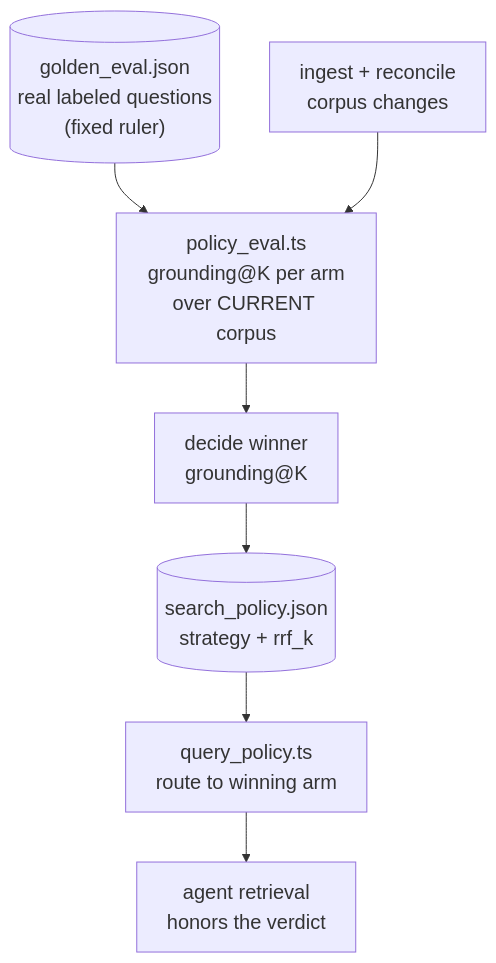
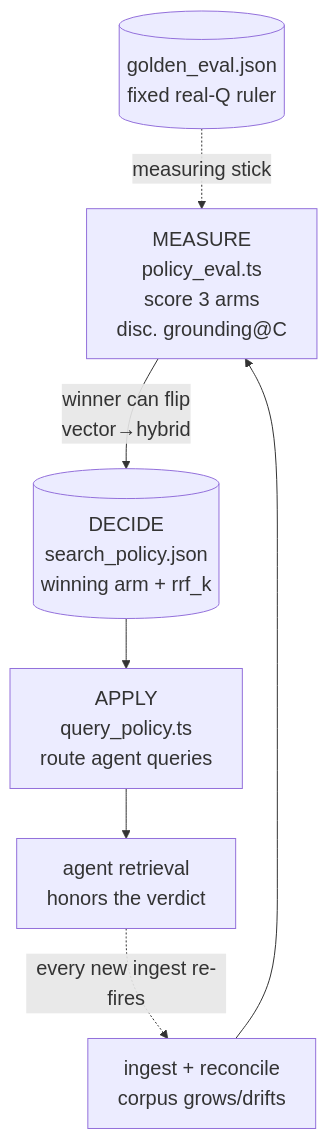
One commit to shaneliuyx/agent-development-curriculum changed the fifth of 7 diagrams in Week 3.5.96 - Self-Wiring Memory (GBrain).md. Above: the diagram before and after it, drawn with Mermaid. The commit also changed other lines of this file, not shown here.

Commit message:
docs: W3.5.96 — self-tuning policy diagram now a LOOP (measure→decide→apply, re-fired on ingest, drift flip) + correct discounted grounding@C metric

````diff
--- a/Week 3.5.96 - Self-Wiring Memory (GBrain).md
+++ b/Week 3.5.96 - Self-Wiring Memory (GBrain).md
@@ -1526,10 +1528,10 @@
 ```mermaid
 %%{init: {'theme':'default', 'themeVariables': {'fontSize':'20px'}}}%%
 flowchart TD
-  GOLD[("golden_eval.json<br/>real labeled questions<br/>(fixed ruler)")] --> PE
-  ING[ingest + reconcile<br/>corpus changes] --> PE["policy_eval.ts<br/>grounding@K per arm<br/>over CURRENT corpus"]
-  PE --> DEC["decide winner<br/>grounding@K"]
-  DEC --> POL[("search_policy.json<br/>strategy + rrf_k")]
-  POL --> QP["query_policy.ts<br/>route to winning arm"]
-  QP --> ANS[agent retrieval<br/>honors the verdict]
+  GOLD[("golden_eval.json<br/>fixed real-Q ruler")] -.->|measuring stick| PE
+  ING["ingest + reconcile<br/>corpus grows/drifts"] --> PE["MEASURE<br/>policy_eval.ts<br/>score 3 arms<br/>disc. grounding@C"]
+  PE -->|"winner can flip<br/>vector→hybrid"| POL[("DECIDE<br/>search_policy.json<br/>winning arm + rrf_k")]
+  POL --> QP["APPLY<br/>query_policy.ts<br/>route agent queries"]
+  QP --> ANS["agent retrieval<br/>honors the verdict"]
+  ANS -.->|every new ingest re-fires| ING
 ```
````
